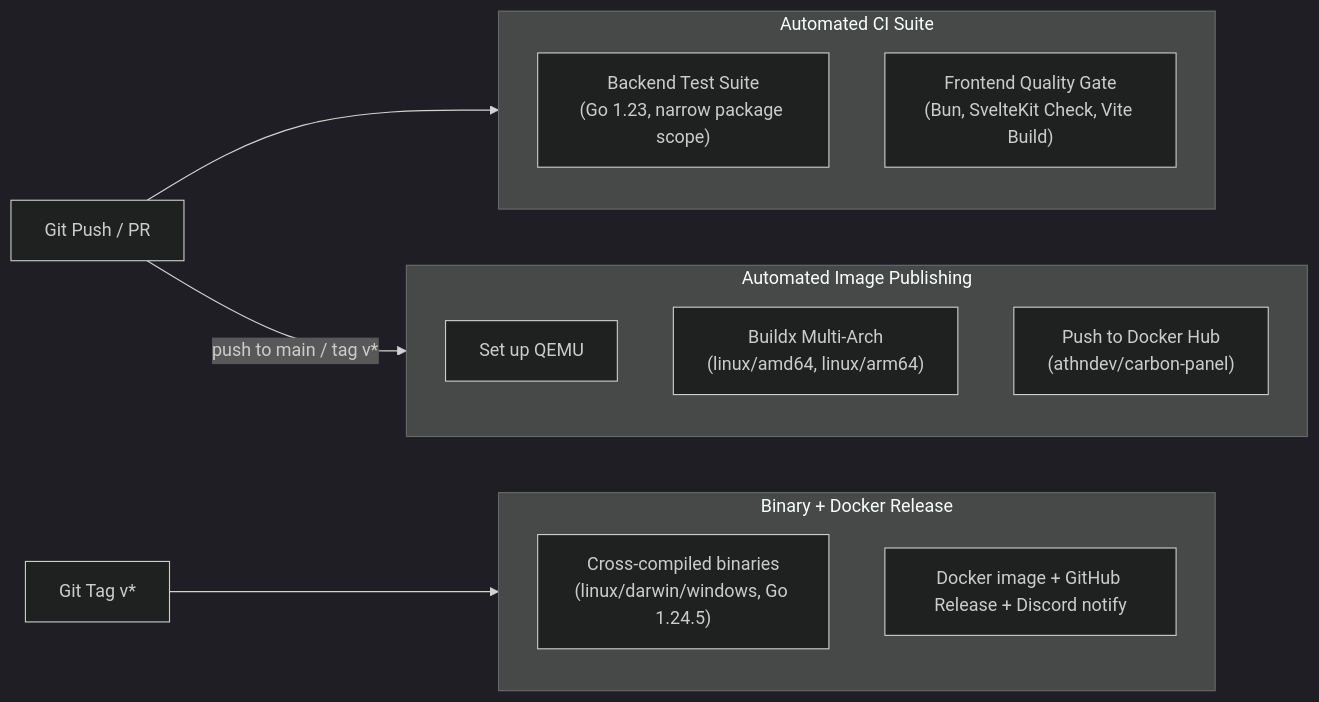
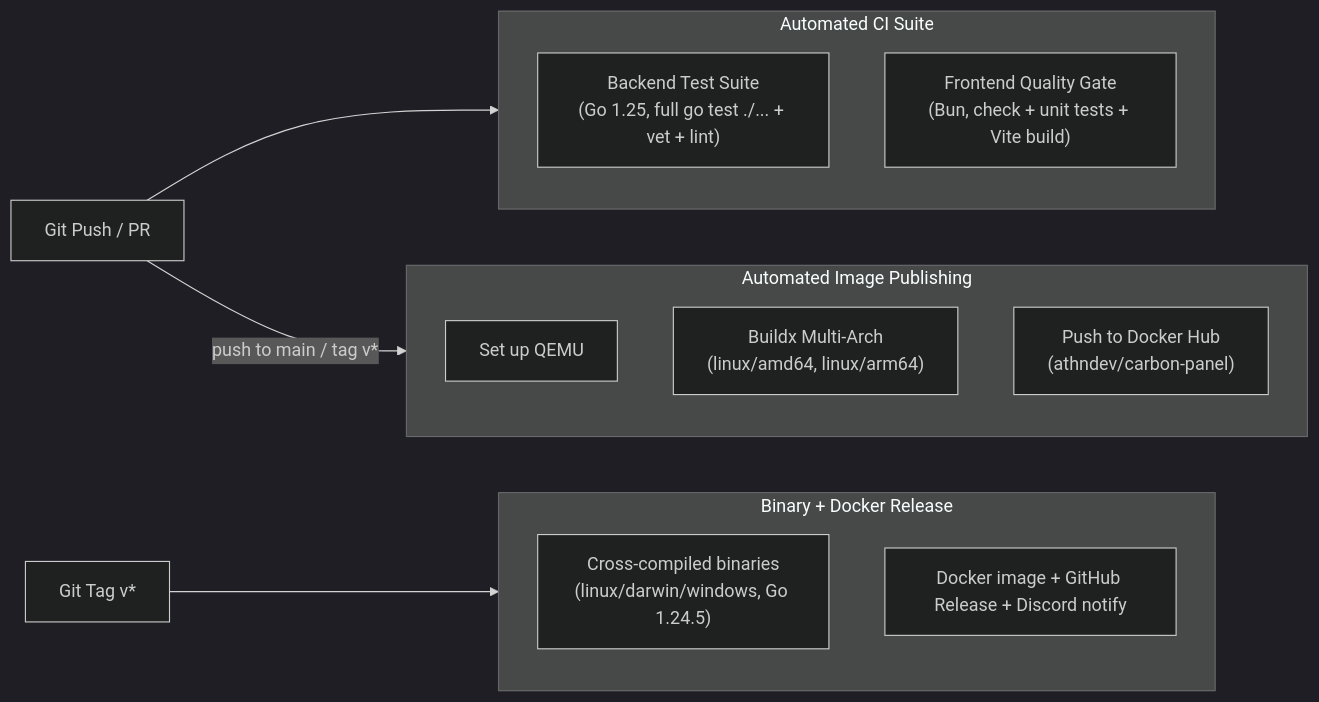
The fifth of 5 diagrams in DESIGN.md (athNdev/carbon-panel), drawn with Mermaid (dark theme) before and after one commit. The commit also changed other lines of this file, not shown here.

````diff
--- a/DESIGN.md
+++ b/DESIGN.md
@@ -322,23 +336,23 @@
 ```mermaid
 flowchart LR
     Commit["Git Push / PR"] --> CI["GitHub Actions CI (ci.yml)"]
 
     subgraph CI ["Automated CI Suite"]
-        BE["Backend Test Suite\n(Go 1.23, narrow package scope)"]
-        FE["Frontend Quality Gate\n(Bun, SvelteKit Check, Vite Build)"]
+        BE["Backend Test Suite\n(Go 1.25, full go test ./... + vet + lint)"]
+        FE["Frontend Quality Gate\n(Bun, check + unit tests + Vite build)"]
     end
 
     Commit -->|"push to main / tag v*"| CD["Docker Hub CD (cd.yml)"]
 
     subgraph CD ["Automated Image Publishing"]
         QEMU["Set up QEMU"]
         Buildx["Buildx Multi-Arch\n(linux/amd64, linux/arm64)"]
         Push["Push to Docker Hub\n(athndev/carbon-panel)"]
     end
 
     Tag["Git Tag v*"] --> REL["Release Workflow (release.yml)"]
     subgraph REL ["Binary + Docker Release"]
         Bin["Cross-compiled binaries\n(linux/darwin/windows, Go 1.24.5)"]
         RelDocker["Docker image + GitHub Release + Discord notify"]
     end
 ```
````
